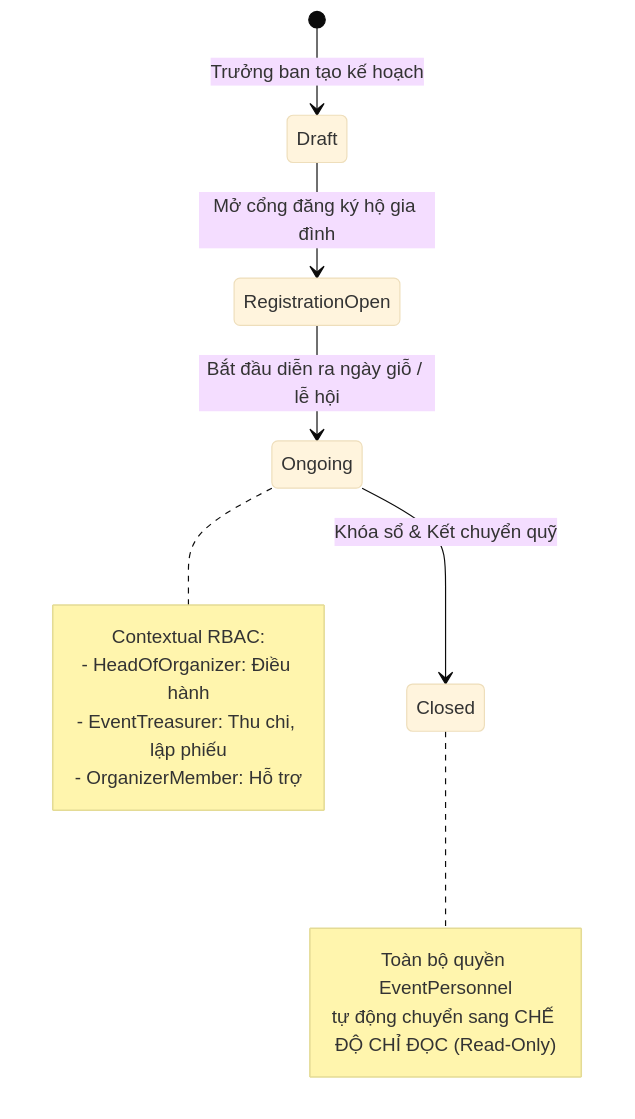
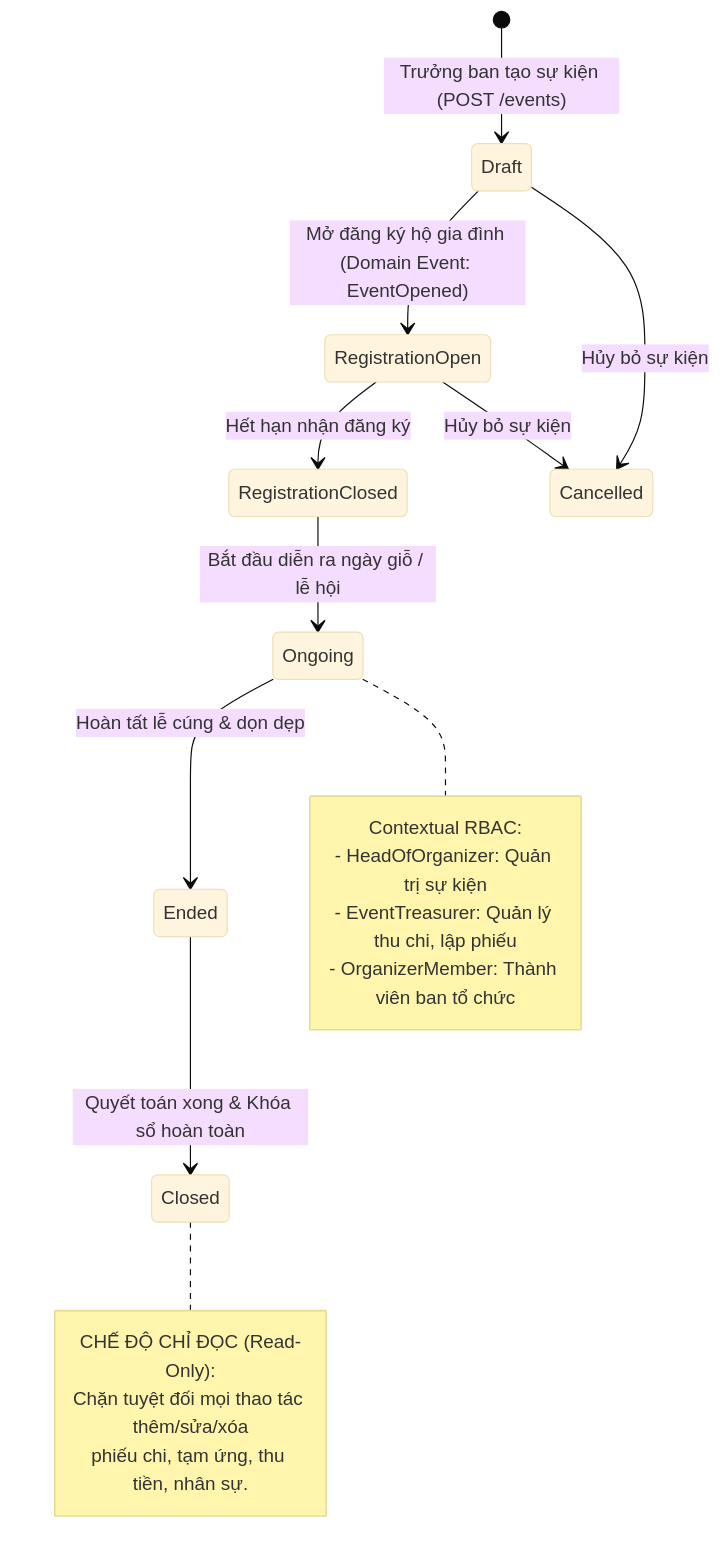
The sixth of 10 diagrams in docs/architecture/03-core-business-flows.md (DonThuanUIT/family-management-backend), drawn with Mermaid (base theme) before and after one commit. The commit also changed other lines of this file and 5 other files, not shown here.

````diff
--- a/docs/architecture/03-core-business-flows.md
+++ b/docs/architecture/03-core-business-flows.md
@@ -39,19 +198,24 @@
 ```mermaid
 stateDiagram-v2
-    [*] --> Draft: Trưởng ban tạo kế hoạch
-    Draft --> RegistrationOpen: Mở cổng đăng ký hộ gia đình
-    RegistrationOpen --> Ongoing: Bắt đầu diễn ra ngày giỗ / lễ hội
-    Ongoing --> Closed: Khóa sổ & Kết chuyển quỹ
+    [*] --> Draft: Trưởng ban tạo sự kiện (POST /events)
+    Draft --> RegistrationOpen: Mở đăng ký hộ gia đình (Domain Event: EventOpened)
+    RegistrationOpen --> RegistrationClosed: Hết hạn nhận đăng ký
+    RegistrationClosed --> Ongoing: Bắt đầu diễn ra ngày giỗ / lễ hội
+    Ongoing --> Ended: Hoàn tất lễ cúng & dọn dẹp
+    Ended --> Closed: Quyết toán xong & Khóa sổ hoàn toàn
+    Draft --> Cancelled: Hủy bỏ sự kiện
+    RegistrationOpen --> Cancelled: Hủy bỏ sự kiện
 
     note right of Ongoing
       Contextual RBAC:
-      - HeadOfOrganizer: Điều hành
-      - EventTreasurer: Thu chi, lập phiếu
-      - OrganizerMember: Hỗ trợ
+      - HeadOfOrganizer: Quản trị sự kiện
+      - EventTreasurer: Quản lý thu chi, lập phiếu
+      - OrganizerMember: Thành viên ban tổ chức
     end note
 
     note right of Closed
-      Toàn bộ quyền EventPersonnel
-      tự động chuyển sang CHẾ ĐỘ CHỈ ĐỌC (Read-Only)
+      CHẾ ĐỘ CHỈ ĐỌC (Read-Only):
+      Chặn tuyệt đối mọi thao tác thêm/sửa/xóa
+      phiếu chi, tạm ứng, thu tiền, nhân sự.
     end note
 ```
````
